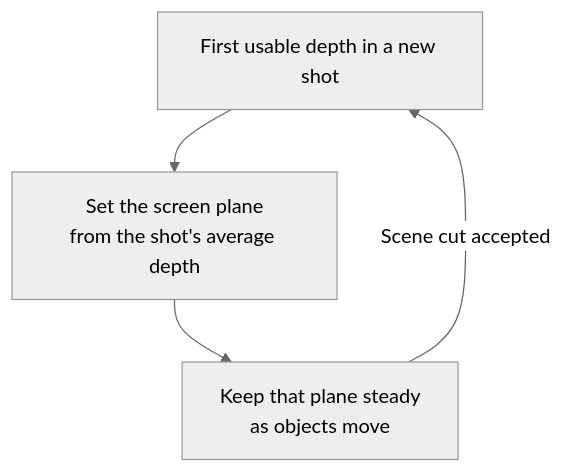
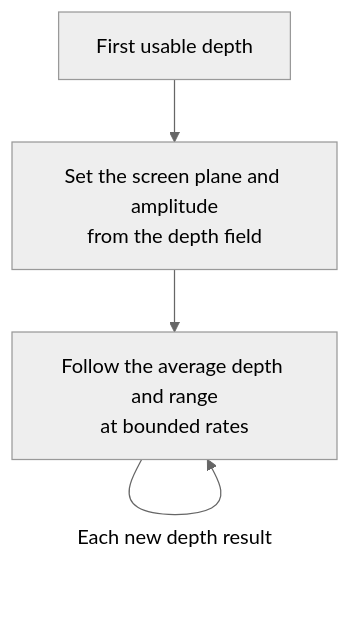
The diagram in README.md (dcatcher9/moonlight-android), drawn with Mermaid (neutral theme) before and after one commit. The commit also changed other lines of this file, not shown here.

````diff
--- a/README.md
+++ b/README.md
@@ -159,7 +160,7 @@
 ```mermaid
 flowchart TD
-    START["First usable depth in a new shot"]
-    START --> PLANE["Set the screen plane<br/>from the shot's average depth"]
-    PLANE --> HOLD["Keep that plane steady<br/>as objects move"]
-    HOLD -->|"Scene cut accepted"| START
+    START["First usable depth"]
+    START --> PLANE["Set the screen plane and amplitude<br/>from the depth field"]
+    PLANE --> FOLLOW["Follow the average depth and range<br/>at bounded rates"]
+    FOLLOW -->|"Each new depth result"| FOLLOW
 ```
````
